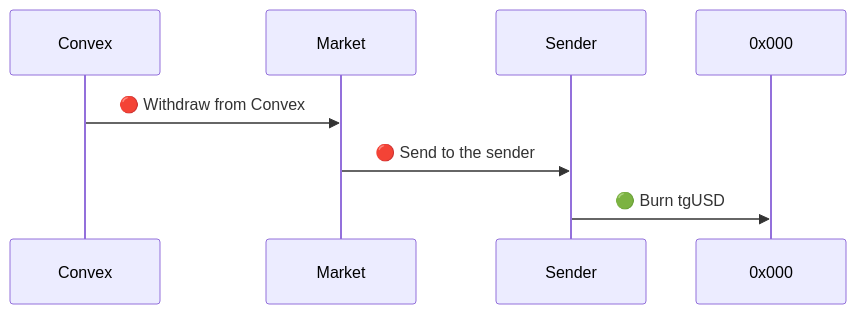
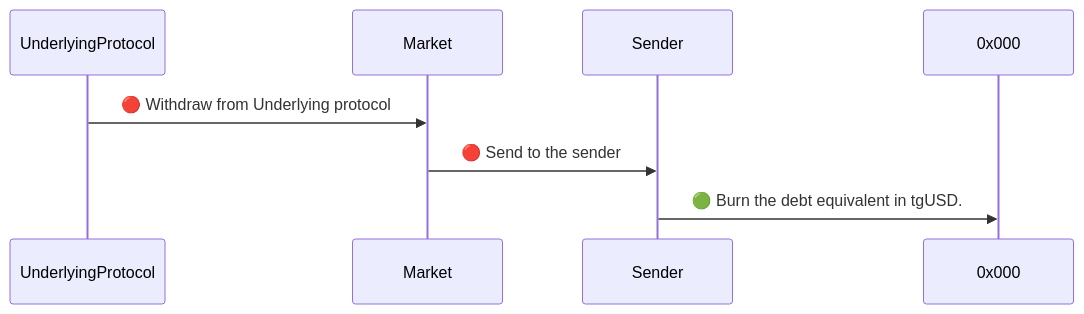
The second of 2 diagrams in documentation/features/Liquidations.md (Tangent-labs/tangent-contracts), drawn with Mermaid before and after one commit. The commit also changed other lines of this file and 29 other files, not shown here.

````diff
--- a/documentation/features/Liquidations.md
+++ b/documentation/features/Liquidations.md
@@ -34,6 +33,6 @@
 ```mermaid
 sequenceDiagram
-    Convex->>Market: 🔴 Withdraw from Convex
+    UnderlyingProtocol->>Market: 🔴 Withdraw from Underlying protocol
     Market->>Sender : 🔴 Send to the sender
-    Sender->> 0x000 : 🟢 Burn tgUSD
+    Sender->> 0x000 : 🟢 Burn the debt equivalent in tgUSD.
 ```
````
